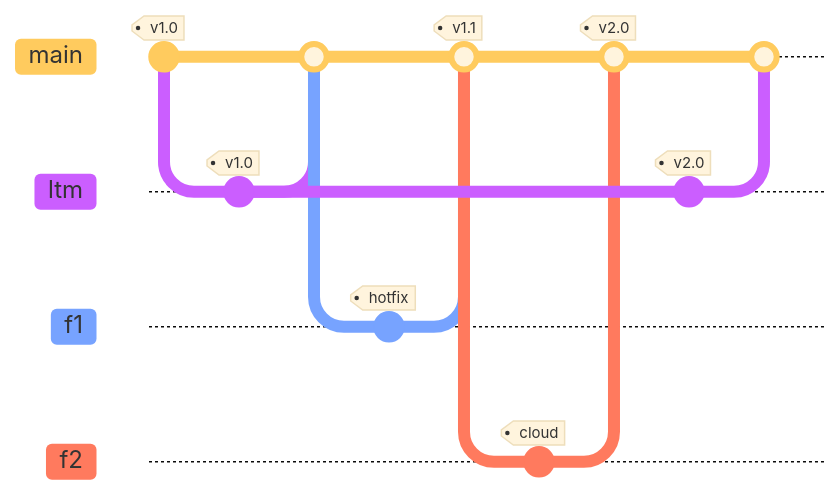
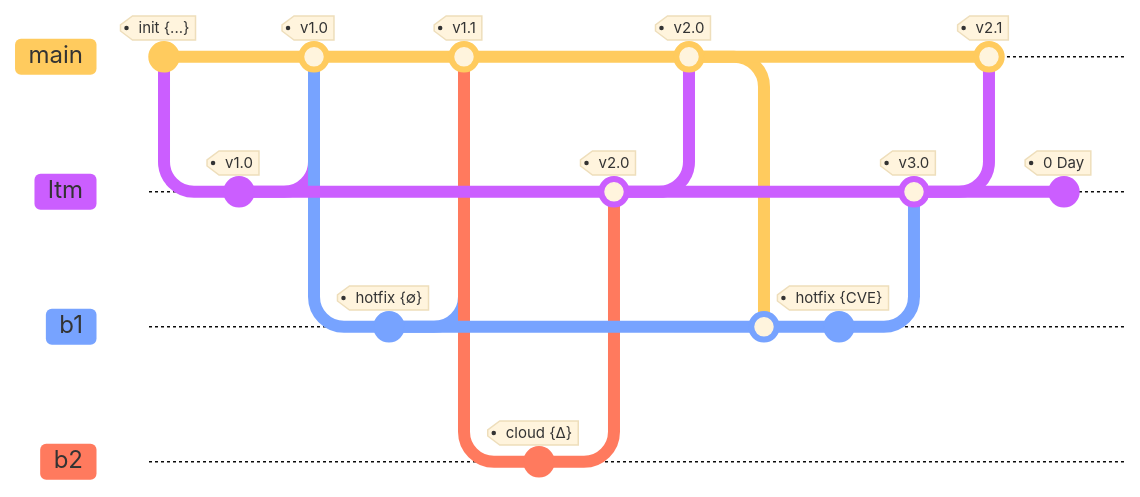
The first of 2 diagrams in README.md (johnlwhiteman/living-threat-models), drawn with Mermaid before and after one commit. The commit also changed other lines of this file, not shown here. Commit ids are hidden.

````diff
--- a/README.md
+++ b/README.md
@@ -5,24 +7,31 @@
 ```mermaid
 %%{init: { 'logLevel': 'debug', 'theme': 'base', 'gitGraph': {'showBranches': true, 'showCommitLabel':false}} }%%
     gitGraph
-        commit tag: "v1.0"
+        commit tag: "init {...}"
         branch ltm
         checkout ltm
         commit tag: "v1.0"
         checkout main
-        merge ltm
-        branch f1
-        checkout f1
-        commit tag: "hotfix"
+        merge ltm tag: "v1.0"
+        branch b1
+        checkout b1
+        commit tag: "hotfix {∅}"
         checkout main
-        merge f1 tag: "v1.1"
-        branch f2
-        checkout f2
-        commit tag: "cloud"
+        merge b1 tag: "v1.1"
+        branch b2
+        checkout b2
+        commit tag: "cloud {Δ}"
+        checkout ltm
+        merge b2 tag: "v2.0"
         checkout main
-        merge f2 tag: "v2.0"
+        merge ltm tag: "v2.0"
+        checkout b1
+        merge main
+        commit tag: "hotfix {CVE}"
         checkout ltm
-        commit tag: "v2.0"
+        merge b1 tag: "v3.0"
         checkout main
-        merge ltm
+        merge ltm tag: "v2.1"
+        checkout ltm
+        commit tag: "0 Day"
 ```
````
